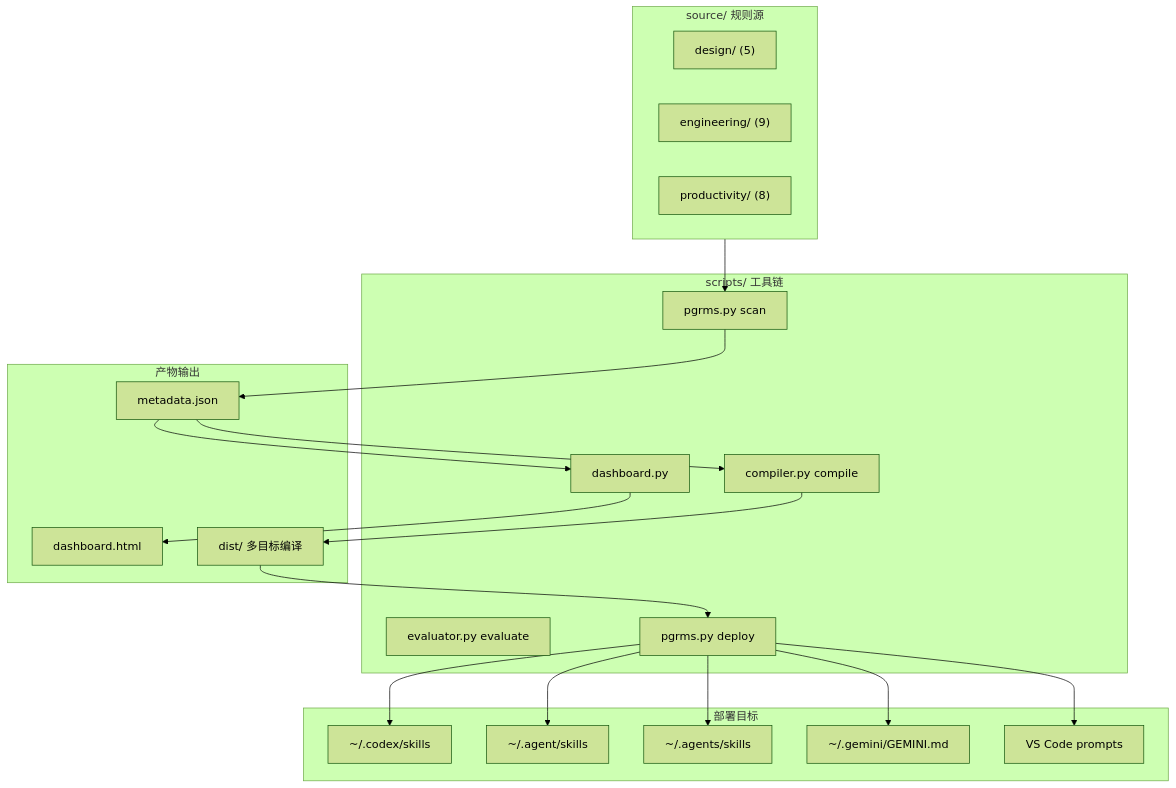
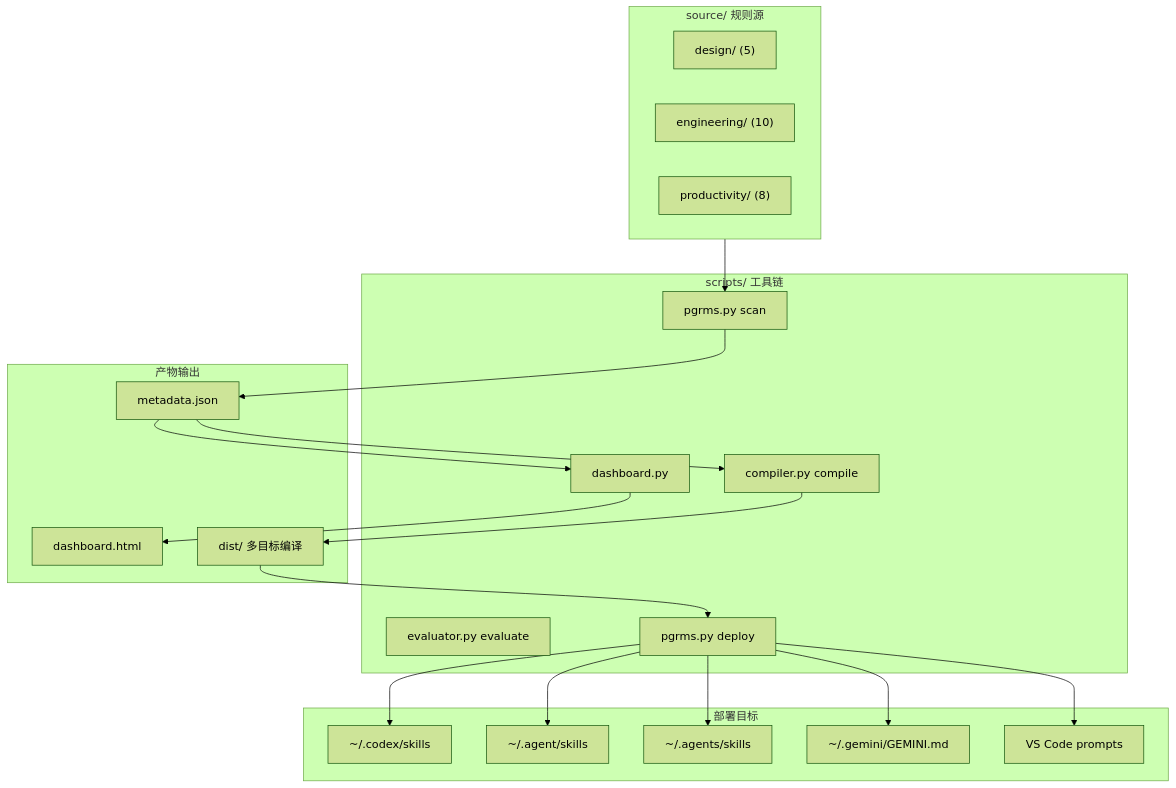
One commit to cr20085361/my_ai_skills changed the first of 3 diagrams in README.md. Above: the diagram before and after it, drawn with Mermaid (forest theme). The commit also changed other lines of this file and 3 other files, not shown here.

````diff
--- a/README.md
+++ b/README.md
@@ -15,40 +15,40 @@
 ```mermaid
 graph TB
     subgraph SRC["source/ 规则源"]
         D["design/ (5)"]
-        E["engineering/ (9)"]
+        E["engineering/ (10)"]
         P["productivity/ (8)"]
     end
 
     subgraph TOOLCHAIN["scripts/ 工具链"]
         SCAN["pgrms.py scan"]
         COMPILE["compiler.py compile"]
         EVAL["evaluator.py evaluate"]
         DEPLOY["pgrms.py deploy"]
         DASH["dashboard.py"]
     end
 
     subgraph OUTPUT["产物输出"]
         META["metadata.json"]
         BOARD["dashboard.html"]
         DIST["dist/ 多目标编译"]
     end
 
     subgraph TARGETS["部署目标"]
         CODEX["~/.codex/skills"]
         AGENT["~/.agent/skills"]
         AGENTS["~/.agents/skills"]
         GEMINI["~/.gemini/GEMINI.md"]
         VSCODE["VS Code prompts"]
     end
 
     SRC --> SCAN --> META
     META --> COMPILE --> DIST
     META --> DASH --> BOARD
     DIST --> DEPLOY
     DEPLOY --> CODEX
     DEPLOY --> AGENT
     DEPLOY --> AGENTS
     DEPLOY --> GEMINI
     DEPLOY --> VSCODE
 ```
````
